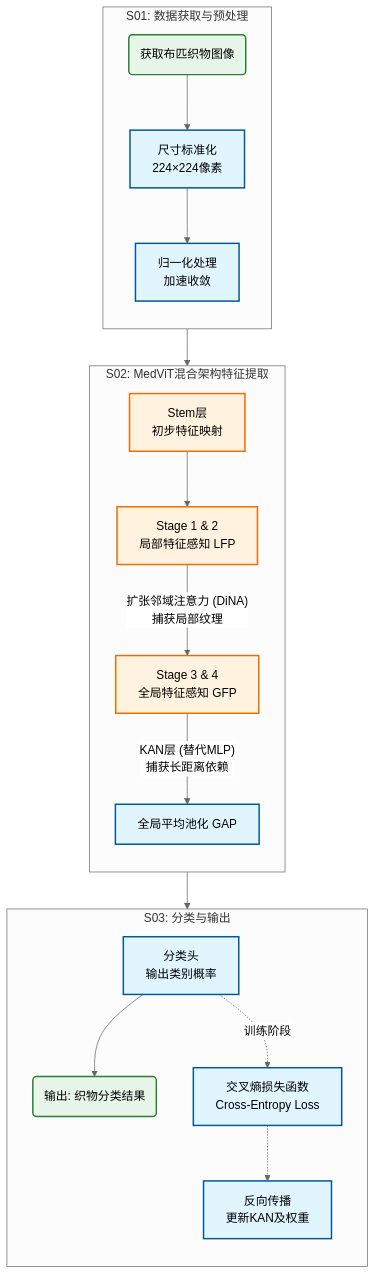
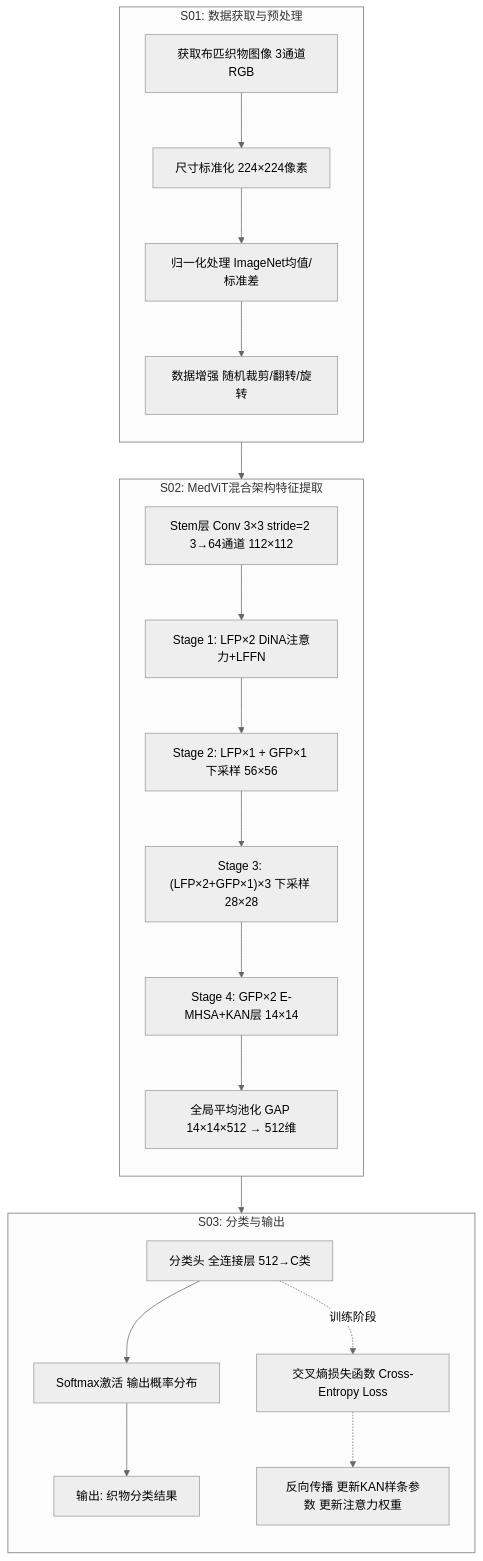
Before and after one commit to zhangs-cedar/MedViTV2: the first of 7 diagrams in .cursor/zhuanli/基于MedViT混合架构的布匹织物分类方法及应用改进.md, drawn with Mermaid (neutral theme). The commit also changed other lines of this file and 2 other files, not shown here.

````diff
--- a/.cursor/zhuanli/基于MedViT混合架构的布匹织物分类方法及应用改进.md
+++ b/.cursor/zhuanli/基于MedViT混合架构的布匹织物分类方法及应用改进.md
@@ -21,35 +34,29 @@
 ```mermaid
-graph TD
-    subgraph S01 [S01: 数据获取与预处理]
+flowchart TB
+    subgraph S01 ["S01: 数据获取与预处理"]
         direction TB
-        Input(获取布匹织物图像) --> Pre1[尺寸标准化<br>224×224像素]
-        Pre1 --> Pre2[归一化处理<br>加速收敛]
+        Input["获取布匹织物图像 3通道RGB"] --> Pre1["尺寸标准化 224×224像素"]
+        Pre1 --> Pre2["归一化处理 ImageNet均值/标准差"]
+        Pre2 --> Pre3["数据增强 随机裁剪/翻转/旋转"]
     end
 
-    subgraph S02 [S02: MedViT混合架构特征提取]
+    subgraph S02 ["S02: MedViT混合架构特征提取"]
         direction TB
-        Pre2 --> Stem[Stem层<br>初步特征映射]
-        Stem --> Stage12[Stage 1 & 2<br>局部特征感知 LFP]
-        Stage12 -- "扩张邻域注意力 (DiNA)<br>捕获局部纹理" --> Stage34[Stage 3 & 4<br>全局特征感知 GFP]
-        Stage34 -- "KAN层 (替代MLP)<br>捕获长距离依赖" --> GAP[全局平均池化 GAP]
+        Pre3 --> Stem["Stem层 Conv 3×3 stride=2 3→64通道 112×112"]
+        Stem --> Stage1["Stage 1: LFP×2 DiNA注意力+LFFN"]
+        Stage1 --> Stage2["Stage 2: LFP×1 + GFP×1 下采样 56×56"]
+        Stage2 --> Stage3["Stage 3: (LFP×2+GFP×1)×3 下采样 28×28"]
+        Stage3 --> Stage4["Stage 4: GFP×2 E-MHSA+KAN层 14×14"]
+        Stage4 --> GAP["全局平均池化 GAP 14×14×512 → 512维"]
     end
 
-    subgraph S03 [S03: 分类与输出]
+    subgraph S03 ["S03: 分类与输出"]
         direction TB
-        GAP --> Head[分类头<br>输出类别概率]
-        Head --> Output(输出: 织物分类结果)
+        GAP --> Head["分类头 全连接层 512→C类"]
+        Head --> Softmax["Softmax激活 输出概率分布"]
+        Softmax --> Output["输出: 织物分类结果"]
         
-        %% 训练阶段分支
-        Head -.->|训练阶段| Loss[交叉熵损失函数<br>Cross-Entropy Loss]
-        Loss -.-> Update[反向传播<br>更新KAN及权重]
+        Head -.->|"训练阶段"| Loss["交叉熵损失函数 Cross-Entropy Loss"]
+        Loss -.-> BP["反向传播 更新KAN样条参数 更新注意力权重"]
     end
-
-    %% 样式美化
-    classDef process fill:#e1f5fe,stroke:#01579b,stroke-width:2px;
-    classDef model fill:#fff3e0,stroke:#ef6c00,stroke-width:2px;
-    classDef result fill:#e8f5e9,stroke:#2e7d32,stroke-width:2px;
-
-    class Input,Output result;
-    class Pre1,Pre2,GAP,Head,Loss,Update process;
-    class Stem,Stage12,Stage34 model;
 ```
````
